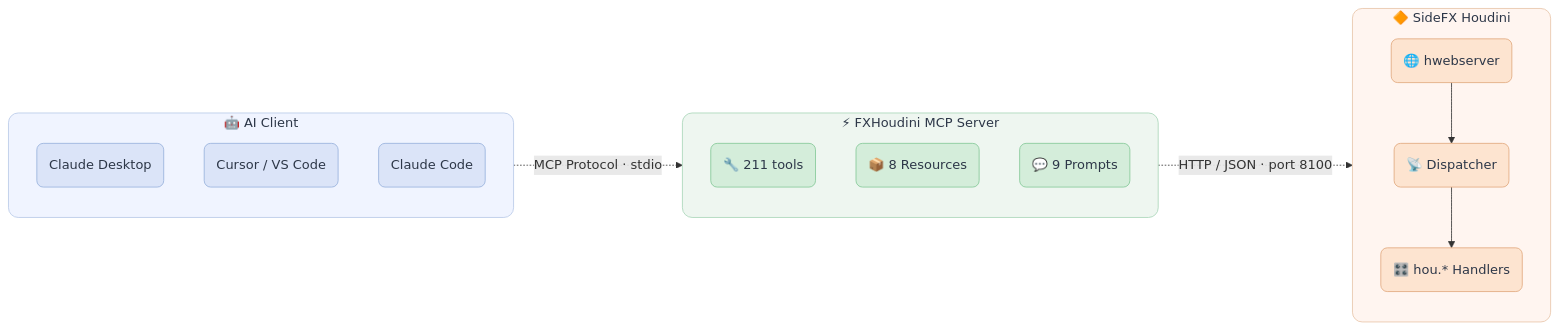
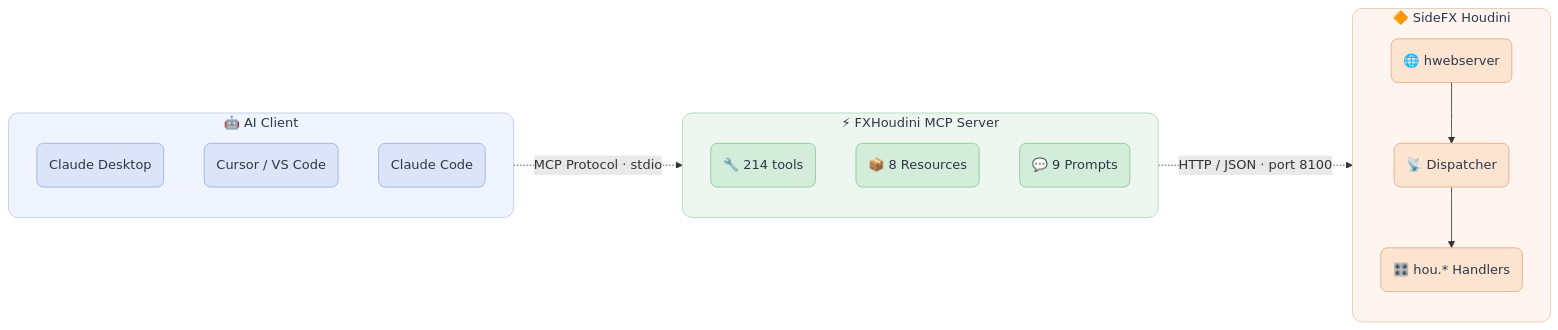
Before and after one commit to d-potrivaev/fxhoudinimcp: the diagram in README.md, drawn with Mermaid. The commit also changed other lines of this file and 13 other files, not shown here.

````diff
--- a/README.md
+++ b/README.md
@@ -80,42 +81,42 @@
 ```mermaid
 flowchart LR
     subgraph Client[" 🤖 AI Client "]
         direction TB
         A1("Claude Desktop")
         A2("Cursor / VS Code")
         A3("Claude Code")
     end
 
     subgraph MCP[" ⚡ FXHoudini MCP Server "]
         direction TB
-        B1("🔧 211 tools")
+        B1("🔧 214 tools")
         B2("📦 8 Resources")
         B3("💬 9 Prompts")
     end
 
     subgraph Houdini[" 🔶 SideFX Houdini "]
         direction TB
         C1("🌐 hwebserver")
         C2("📡 Dispatcher")
         C3("🎛️ hou.* Handlers")
         C1 --> C2 --> C3
     end
 
     Client -. "MCP Protocol · stdio" .-> MCP
     MCP -. "HTTP / JSON · port 8100" .-> Houdini
 
     classDef clientBox fill:#f0f4ff,stroke:#b8c9e8,stroke-width:1px,color:#2d3748,rx:12,ry:12
     classDef mcpBox fill:#eef6f0,stroke:#a8d5b8,stroke-width:1px,color:#2d3748,rx:12,ry:12
     classDef houdiniBox fill:#fff5f0,stroke:#e8c4a8,stroke-width:1px,color:#2d3748,rx:12,ry:12
 
     classDef clientNode fill:#dbe4f8,stroke:#96b0dc,stroke-width:1px,color:#2d3748,rx:8,ry:8
     classDef mcpNode fill:#d4edda,stroke:#82c896,stroke-width:1px,color:#2d3748,rx:8,ry:8
     classDef houdiniNode fill:#fde4d0,stroke:#e0a87c,stroke-width:1px,color:#2d3748,rx:8,ry:8
 
     class Client clientBox
     class MCP mcpBox
     class Houdini houdiniBox
     class A1,A2,A3 clientNode
     class B1,B2,B3 mcpNode
     class C1,C2,C3 houdiniNode
 ```
````
